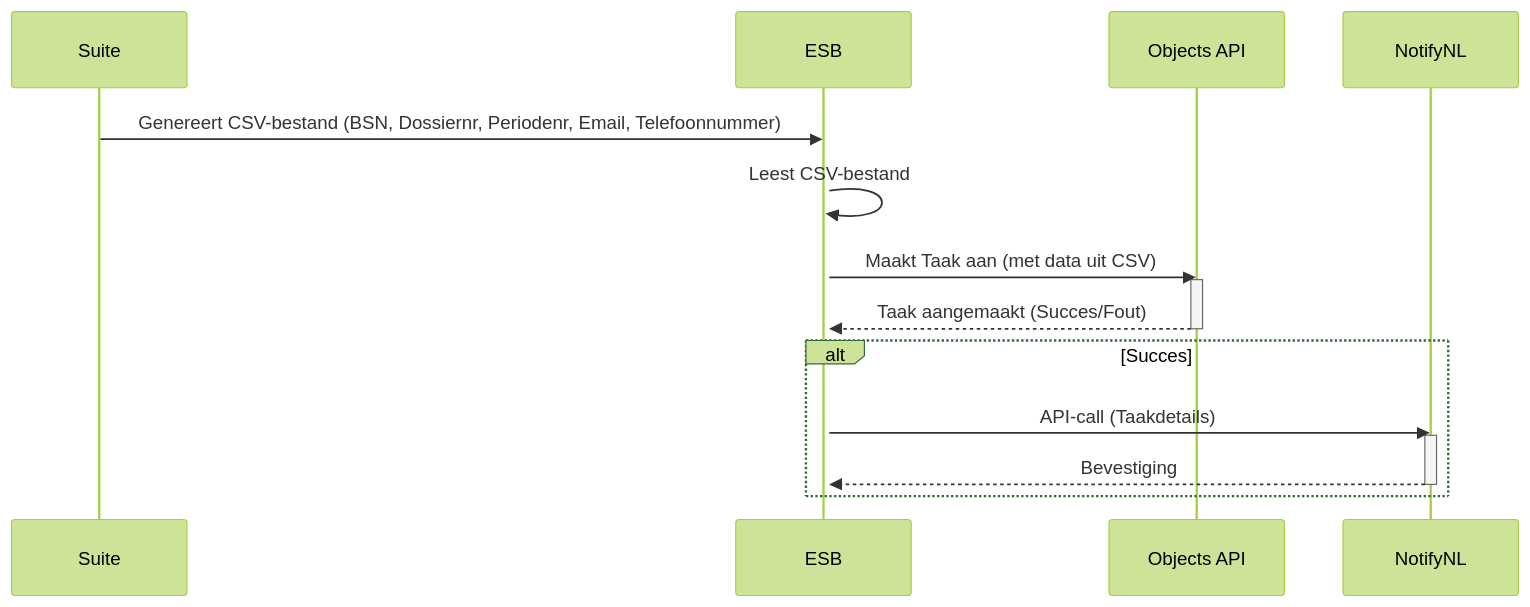
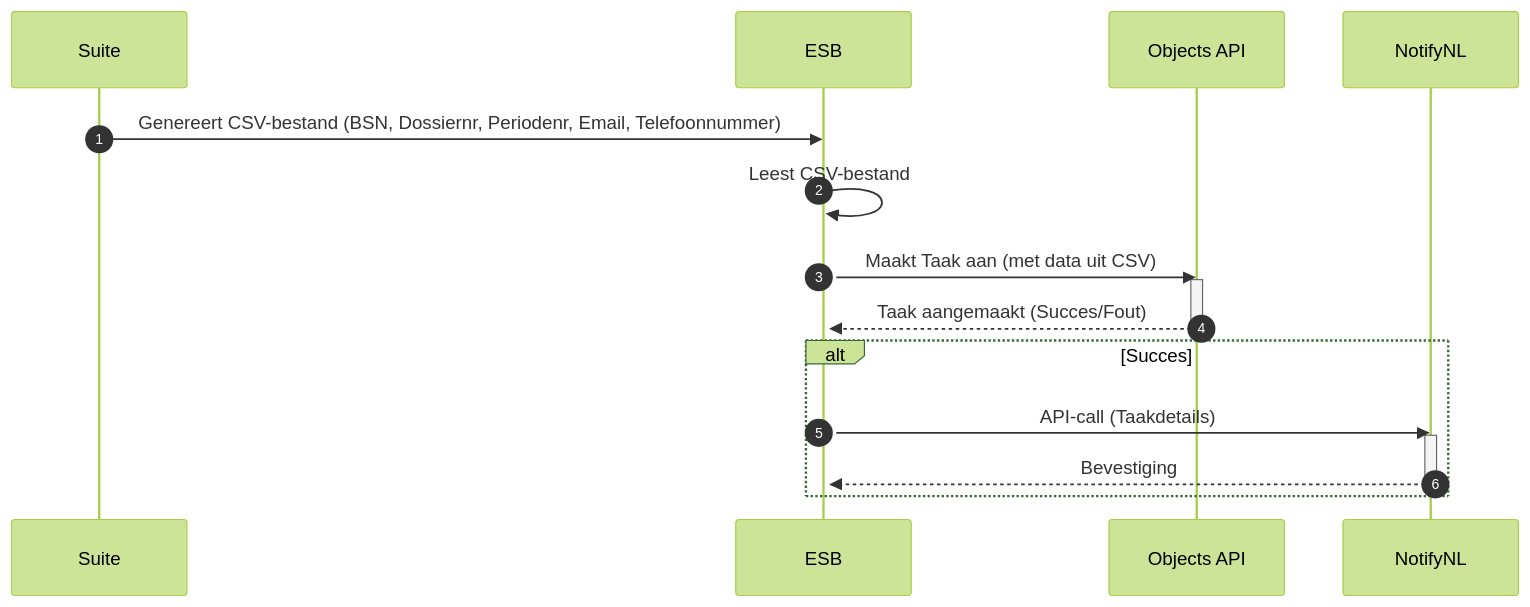
One commit to GemeenteNijmegen/open-forms changed the first of 3 diagrams in docs/ESFv2/esf.md. Above: the diagram before and after it, drawn with Mermaid (forest theme). The commit also changed other lines of this file, not shown here.

````diff
--- a/docs/ESFv2/esf.md
+++ b/docs/ESFv2/esf.md
@@ -24,22 +24,23 @@
 ```mermaid
 sequenceDiagram
+    autonumber
     participant Suite
     participant ESB
     participant Objects API
     participant NotifyNL
 
     Suite->>ESB: Genereert CSV-bestand (BSN, Dossiernr, Periodenr, Email, Telefoonnummer)
     activate ESB
     ESB->>ESB: Leest CSV-bestand
     ESB->>Objects API: Maakt Taak aan (met data uit CSV)
     activate Objects API
     Objects API-->>ESB: Taak aangemaakt (Succes/Fout)
     deactivate Objects API
 
     alt Succes
         ESB->>NotifyNL: API-call (Taakdetails)
         activate NotifyNL
         NotifyNL-->>ESB: Bevestiging
         deactivate NotifyNL
     end
 ```
````
